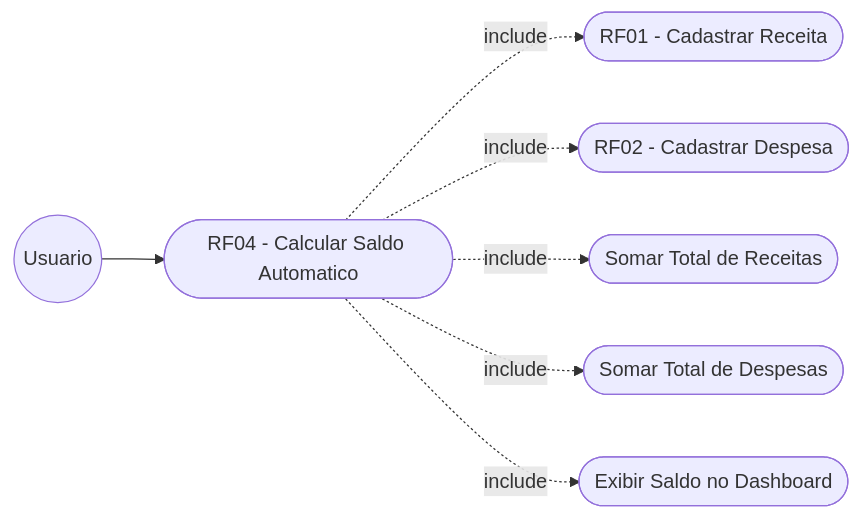
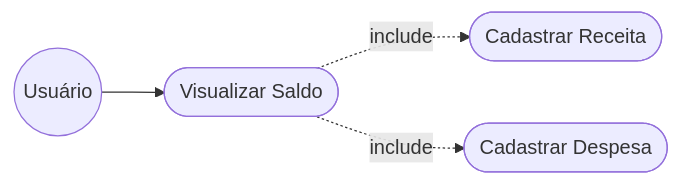
One commit to NEXA-project-br/NEXA changed the fourth of 7 diagrams in relacionamento/dcu.md. Above: the diagram before and after it, drawn with Mermaid. The commit also changed other lines of this file, not shown here.

Commit message:
Update use case descriptions and diagrams

````diff
--- a/relacionamento/dcu.md
+++ b/relacionamento/dcu.md
@@ -83,17 +74,13 @@
 ```mermaid
 graph LR
-  U((Usuario))
-  RF04([RF04 - Calcular Saldo Automatico])
-  RF01([RF01 - Cadastrar Receita])
-  RF02([RF02 - Cadastrar Despesa])
-  A1([Somar Total de Receitas])
-  A2([Somar Total de Despesas])
-  A3([Exibir Saldo no Dashboard])
+  U((Usuário))
+  RF04([Visualizar Saldo])
+
+  RF01([Cadastrar Receita])
+  RF02([Cadastrar Despesa])
 
   U --> RF04
+
   RF04 -.->|include| RF01
   RF04 -.->|include| RF02
-  RF04 -.->|include| A1
-  RF04 -.->|include| A2
-  RF04 -.->|include| A3
 ```
````
